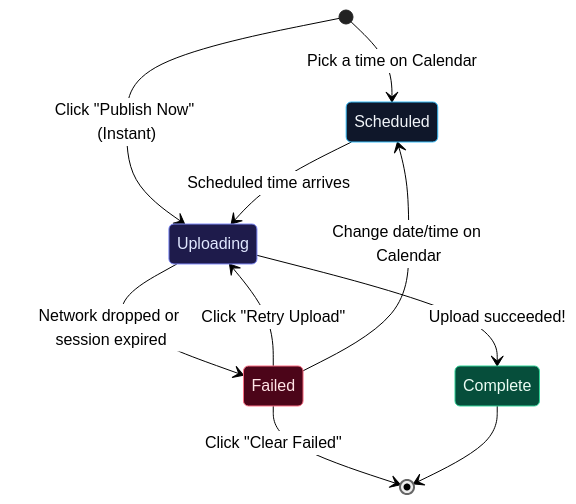
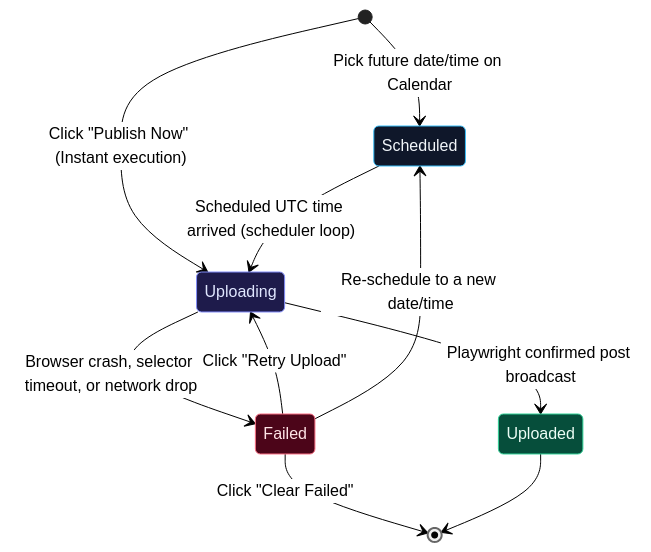
Before and after one commit to DivyamJoshi2005/Alfred: the fifth of 7 diagrams in backend/README.md, drawn with Mermaid (neutral theme). The commit also changed other lines of this file and 1 other file, not shown here.

Commit message:
docs: enrich READMEs with complete technical depth, clear human explanations, and styled Mermaid diagrams

````diff
--- a/backend/README.md
+++ b/backend/README.md
@@ -171,26 +410,26 @@
 ```mermaid
 stateDiagram-v2
     classDef scheduled fill:#0f172a,stroke:#38bdf8,color:#f1f5f9
     classDef active fill:#1e1b4b,stroke:#818cf8,color:#e0e7ff
     classDef success fill:#064e3b,stroke:#34d399,color:#ecfdf5
     classDef error fill:#4c0519,stroke:#fb7185,color:#ffe4e6
 
-    [*] --> Scheduled: Pick a time on Calendar
-    [*] --> Uploading: Click "Publish Now" (Instant)
+    [*] --> Scheduled: Pick future date/time on Calendar
+    [*] --> Uploading: Click "Publish Now" (Instant execution)
 
-    Scheduled --> Uploading: Scheduled time arrives
+    Scheduled --> Uploading: Scheduled UTC time arrived (scheduler loop)
 
-    Uploading --> Complete: Upload succeeded!
-    Uploading --> Failed: Network dropped or session expired
+    Uploading --> Uploaded: Playwright confirmed post broadcast
+    Uploading --> Failed: Browser crash, selector timeout, or network drop
 
     Failed --> Uploading: Click "Retry Upload"
-    Failed --> Scheduled: Change date/time on Calendar
+    Failed --> Scheduled: Re-schedule to a new date/time
     Failed --> [*]: Click "Clear Failed"
 
-    Complete --> [*]
+    Uploaded --> [*]
 
     class Scheduled scheduled
     class Uploading active
-    class Complete success
+    class Uploaded success
     class Failed error
 ```
````
